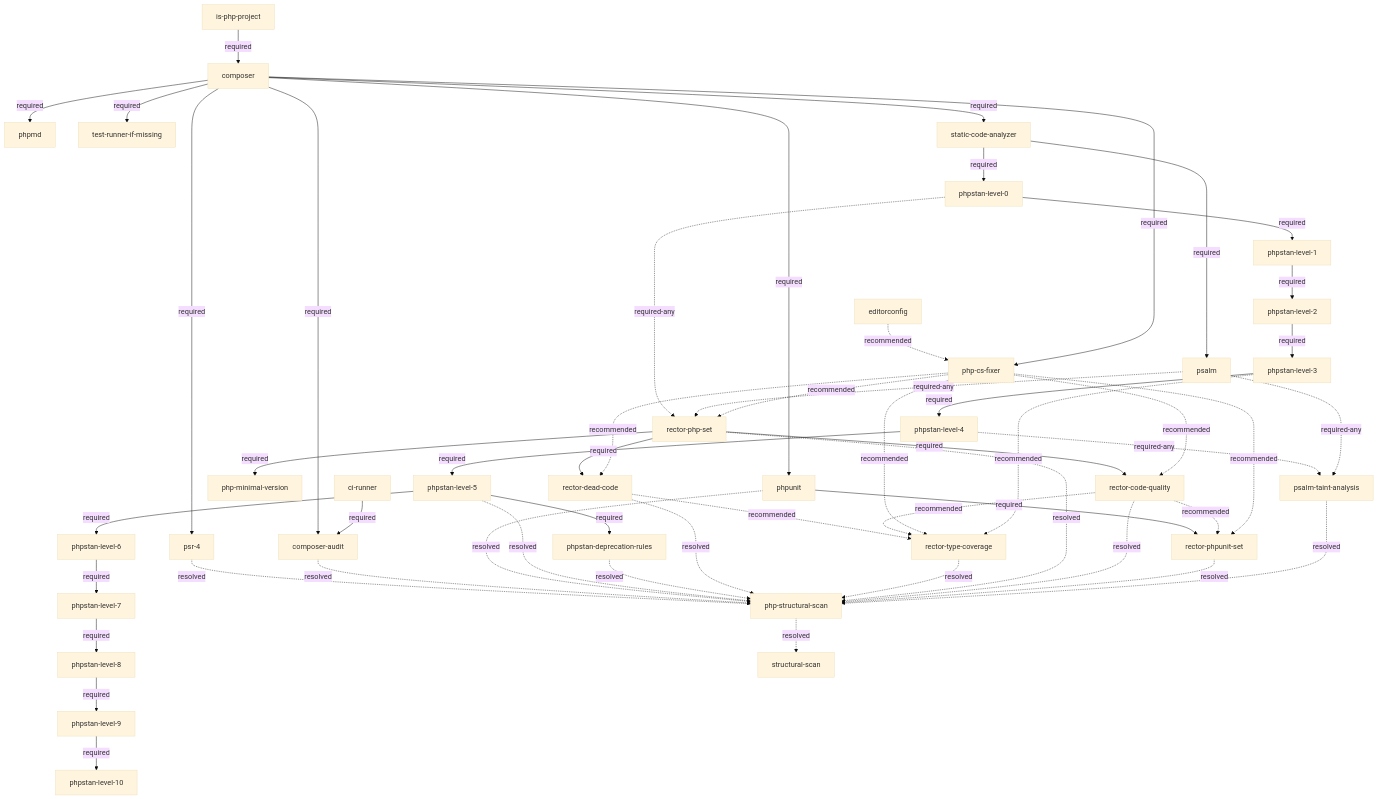
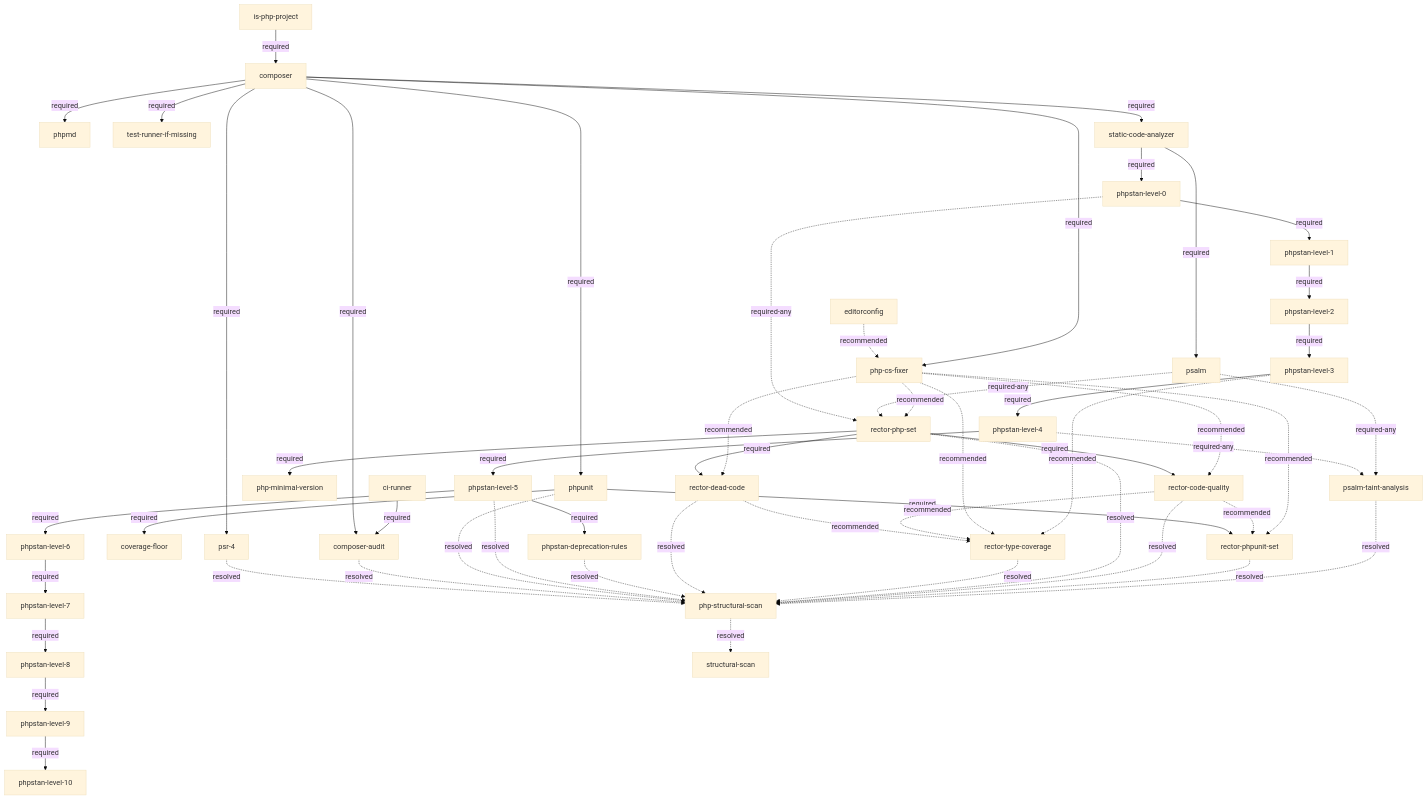
The diagram in skills/refactor-scan/references/php-tooling-tree.md (Art4/continuous-refactoring), drawn with Mermaid (base theme) before and after one commit. The commit also changed other lines of this file and 20 other files, not shown here.

First line of the commit message:
new coverage-floor node: a self-tightening ratchet, not a fixed percentage

```diff
--- a/skills/refactor-scan/references/php-tooling-tree.md
+++ b/skills/refactor-scan/references/php-tooling-tree.md
@@ -15,6 +15,7 @@
     cs[php-cs-fixer]
     phpmd[phpmd]
     unit[phpunit]
+    cov[coverage-floor]
     audit[composer-audit]
     tr[test-runner-if-missing]
     sca[static-code-analyzer]
@@ -46,6 +47,7 @@
     comp -->|required| cs
     comp -->|required| phpmd
     comp -->|required| unit
+    unit -->|required| cov
     comp -->|required| tr
     comp -->|required| audit
     ci -->|required| audit
```
